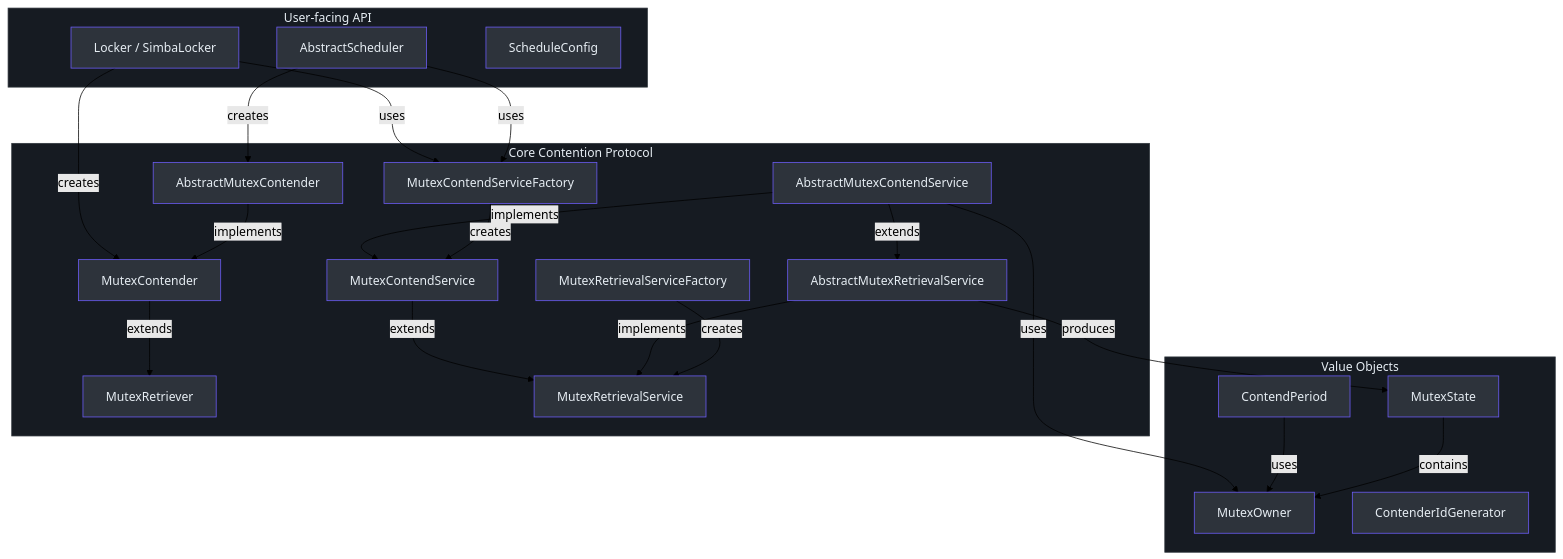
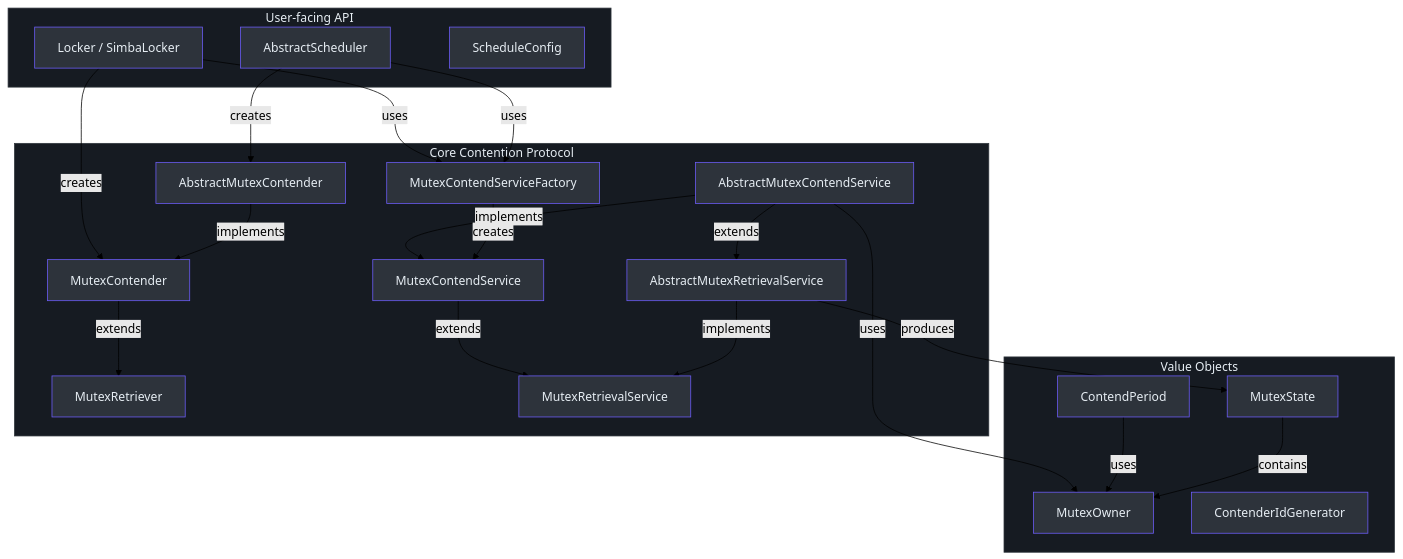
Before and after one commit to Ahoo-Wang/Simba: the first of 4 diagrams in wiki/api/index.md, drawn with Mermaid (forest theme). The commit also changed other lines of this file and 35 other files, not shown here.

````diff
--- a/wiki/api/index.md
+++ b/wiki/api/index.md
@@ -14,62 +14,59 @@
 ```mermaid
 graph TB
     subgraph User["User-facing API"]
         style User fill:#161b22,stroke:#30363d,color:#e6edf3
         LS["Locker / SimbaLocker"]
         AS["AbstractScheduler"]
         CS["ScheduleConfig"]
     end
     subgraph Core["Core Contention Protocol"]
         style Core fill:#161b22,stroke:#30363d,color:#e6edf3
         MR["MutexRetriever"]
         MC["MutexContender"]
         MRS["MutexRetrievalService"]
         MCS["MutexContendService"]
-        MRF["MutexRetrievalServiceFactory"]
         MCF["MutexContendServiceFactory"]
         AMCS["AbstractMutexContendService"]
         AMC["AbstractMutexContender"]
         AMRS["AbstractMutexRetrievalService"]
     end
     subgraph Model["Value Objects"]
         style Model fill:#161b22,stroke:#30363d,color:#e6edf3
         MO["MutexOwner"]
         MS["MutexState"]
         CP["ContendPeriod"]
         CIG["ContenderIdGenerator"]
     end
 
     LS -->|creates| MC
     LS -->|uses| MCF
     AS -->|uses| MCF
     AS -->|creates| AMC
     MC -->|extends| MR
     MCS -->|extends| MRS
     AMCS -->|extends| AMRS
     AMC -->|implements| MC
     AMRS -->|implements| MRS
     AMCS -->|implements| MCS
     MCF -->|creates| MCS
-    MRF -->|creates| MRS
     AMCS -->|uses| MO
     AMRS -->|produces| MS
     CP -->|uses| MO
     MS -->|contains| MO
 
     style LS fill:#2d333b,stroke:#6d5dfc,color:#e6edf3
     style AS fill:#2d333b,stroke:#6d5dfc,color:#e6edf3
     style CS fill:#2d333b,stroke:#6d5dfc,color:#e6edf3
     style MR fill:#2d333b,stroke:#6d5dfc,color:#e6edf3
     style MC fill:#2d333b,stroke:#6d5dfc,color:#e6edf3
     style MRS fill:#2d333b,stroke:#6d5dfc,color:#e6edf3
     style MCS fill:#2d333b,stroke:#6d5dfc,color:#e6edf3
-    style MRF fill:#2d333b,stroke:#6d5dfc,color:#e6edf3
     style MCF fill:#2d333b,stroke:#6d5dfc,color:#e6edf3
     style AMCS fill:#2d333b,stroke:#6d5dfc,color:#e6edf3
     style AMC fill:#2d333b,stroke:#6d5dfc,color:#e6edf3
     style AMRS fill:#2d333b,stroke:#6d5dfc,color:#e6edf3
     style MO fill:#2d333b,stroke:#6d5dfc,color:#e6edf3
     style MS fill:#2d333b,stroke:#6d5dfc,color:#e6edf3
     style CP fill:#2d333b,stroke:#6d5dfc,color:#e6edf3
     style CIG fill:#2d333b,stroke:#6d5dfc,color:#e6edf3
 ```
````
